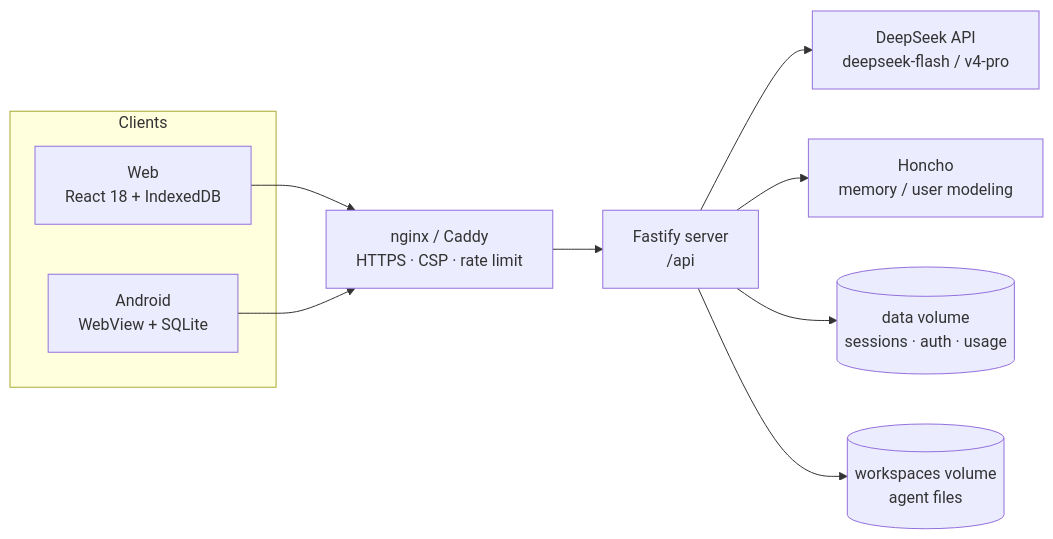
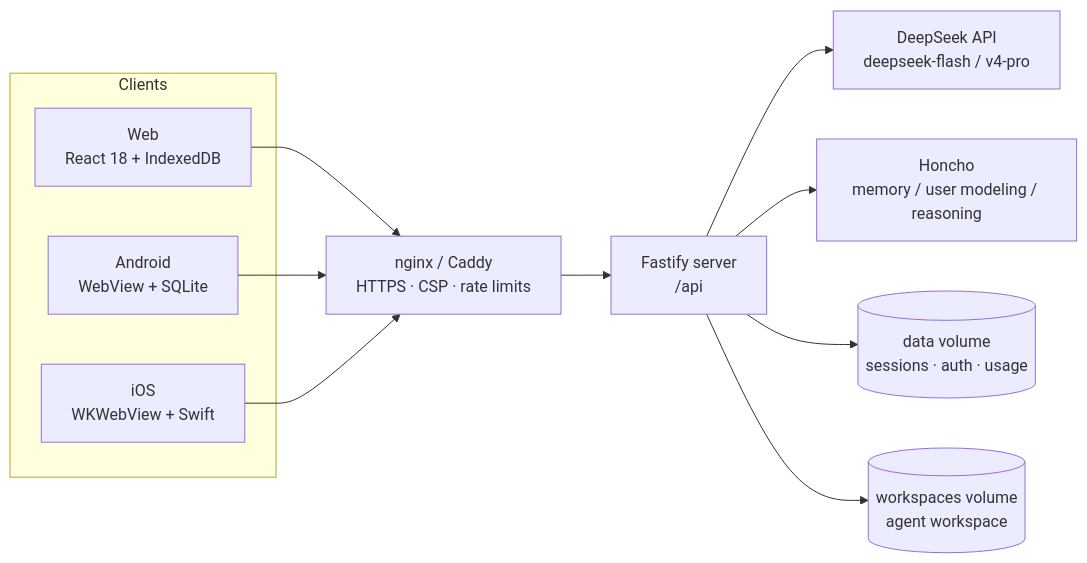
The second of 4 diagrams in README.en.md (TTStick/deepseek-api-ui), drawn with Mermaid before and after one commit. The commit also changed other lines of this file and 4 other files, not shown here.

````diff
--- a/README.en.md
+++ b/README.en.md
@@ -140,22 +216,24 @@
 ```mermaid
 flowchart LR
   subgraph Clients["Clients"]
     Web["Web<br/>React 18 + IndexedDB"]
     Android["Android<br/>WebView + SQLite"]
+    IOS["iOS<br/>WKWebView + Swift"]
   end
 
-  Proxy["nginx / Caddy<br/>HTTPS · CSP · rate limit"]
+  Proxy["nginx / Caddy<br/>HTTPS · CSP · rate limits"]
   Server["Fastify server<br/>/api"]
   DS["DeepSeek API<br/>deepseek-flash / v4-pro"]
-  Honcho["Honcho<br/>memory / user modeling"]
+  Honcho["Honcho<br/>memory / user modeling / reasoning"]
   Data[("data volume<br/>sessions · auth · usage")]
-  Workspaces[("workspaces volume<br/>agent files")]
+  Workspaces[("workspaces volume<br/>agent workspace")]
 
   Web --> Proxy
   Android --> Proxy
+  IOS --> Proxy
   Proxy --> Server
   Server --> DS
   Server --> Honcho
   Server --> Data
   Server --> Workspaces
 ```
````
